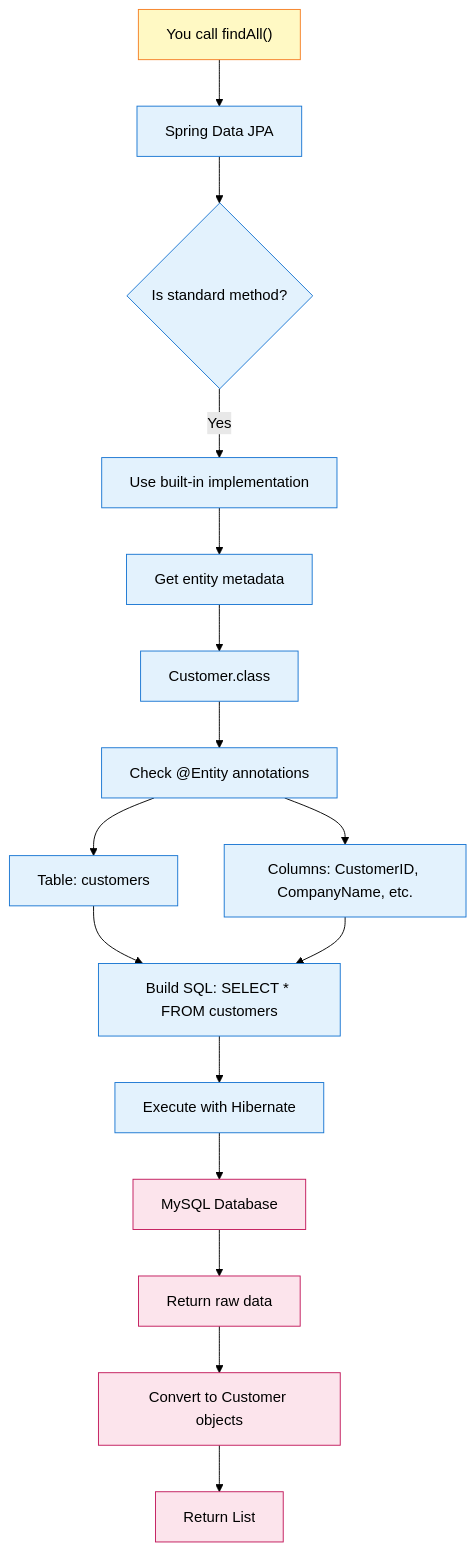
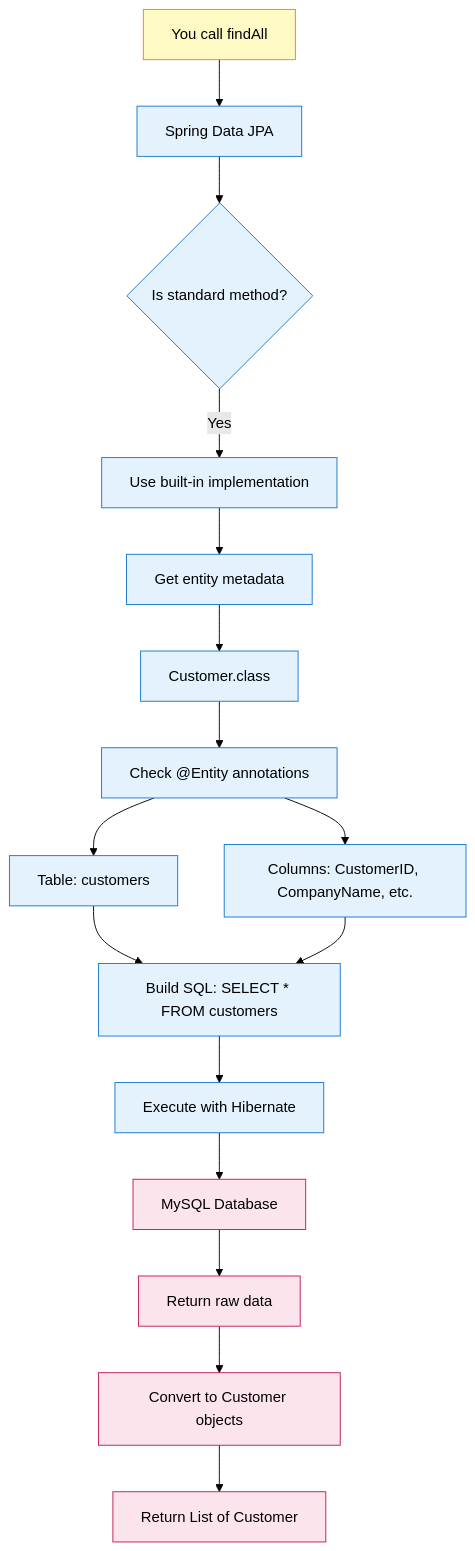
One commit to stravos97/java-documentation-notes changed the fifth of 6 diagrams in Nish Lessons - Q&A's/SpringBoot/How Spring Data JPA Generates SQL Queries --follow on from Q&A.md. Above: the diagram before and after it, drawn with Mermaid (forest theme). The commit also changed other lines of this file and 8 other files, not shown here.

Commit message:
fix mermaid diagrams

````diff
--- a/Nish Lessons - Q&A's/SpringBoot/How Spring Data JPA Generates SQL Queries --follow on from Q&A.md
+++ b/Nish Lessons - Q&A's/SpringBoot/How Spring Data JPA Generates SQL Queries --follow on from Q&A.md
@@ -244,27 +244,27 @@
 ```mermaid
 flowchart TD
-    A["You call findAll()"] --> B[Spring Data JPA]
+    A[You call findAll] --> B[Spring Data JPA]
     B --> C{Is standard method?}
     C -->|Yes| D[Use built-in implementation]
     D --> E[Get entity metadata]
     E --> F[Customer.class]
-    F --> G["Check @Entity annotations"]
+    F --> G[Check @Entity annotations]
     G --> H[Table: customers]
     G --> I[Columns: CustomerID, CompanyName, etc.]
     H --> J[Build SQL: SELECT * FROM customers]
     I --> J
     J --> K[Execute with Hibernate]
     K --> L[MySQL Database]
     L --> M[Return raw data]
     M --> N[Convert to Customer objects]
-    N --> O["Return List<Customer>"]
+    N --> O[Return List of Customer]
     
     classDef you fill:#fff9c4,stroke:#f57f24;
     class A you;
     
     classDef spring fill:#e3f2fd,stroke:#1976d2;
     class B,C,D,E,F,G,H,I,J,K spring;
     
     classDef db fill:#fce4ec,stroke:#c2185b;
     class L,M,N,O db;
 ```
````
